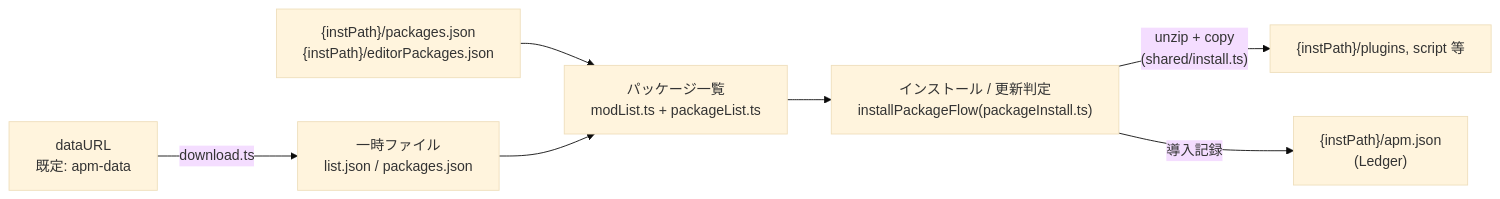
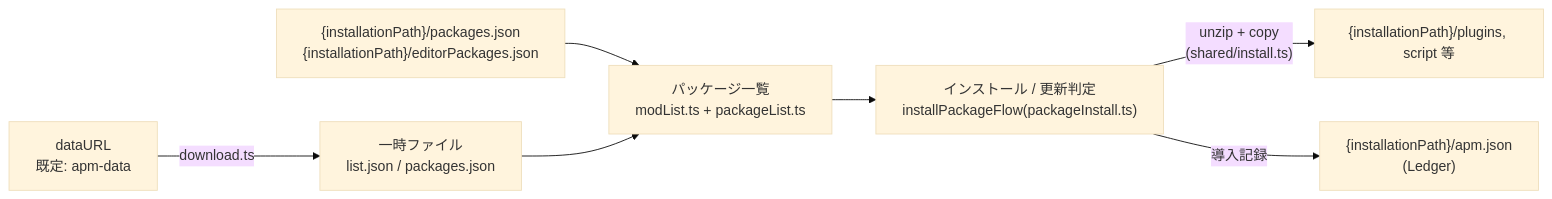
One commit to team-apm/apm changed the diagram in ARCHITECTURE.md. Above: the diagram before and after it, drawn with Mermaid (base theme). The commit also changed other lines of this file and 1 other file, not shown here.

Commit message:
docs: ユビキタス言語対応表を AGENTS.md へ記録
Phase 5 スライス⑥(命名総点検)の締め。ドメイン概念とコード上の名前の
対応、および互換のため改名してはいけないもの(ディスク形式のキー・
apm-schema フィールド・$instpath・旧実装名への言及)を明文化する。
ARCHITECTURE.md の {instPath} 表記も installationPath へ追随。

````diff
--- a/ARCHITECTURE.md
+++ b/ARCHITECTURE.md
@@ -55,9 +55,9 @@
 ```mermaid
 graph LR
   D[dataURL<br>既定: apm-data] -->|"download.ts"| T["一時ファイル<br>list.json / packages.json"]
-  L["{instPath}/packages.json<br>{instPath}/editorPackages.json"] --> M
+  L["{installationPath}/packages.json<br>{installationPath}/editorPackages.json"] --> M
   T --> M["パッケージ一覧<br>modList.ts + packageList.ts"]
   M --> I["インストール / 更新判定<br>installPackageFlow(packageInstall.ts)"]
-  I -->|"unzip + copy<br>(shared/install.ts)"| P["{instPath}/plugins, script 等"]
-  I -->|導入記録| A["{instPath}/apm.json<br>(Ledger)"]
+  I -->|"unzip + copy<br>(shared/install.ts)"| P["{installationPath}/plugins, script 等"]
+  I -->|導入記録| A["{installationPath}/apm.json<br>(Ledger)"]
 ```
````
